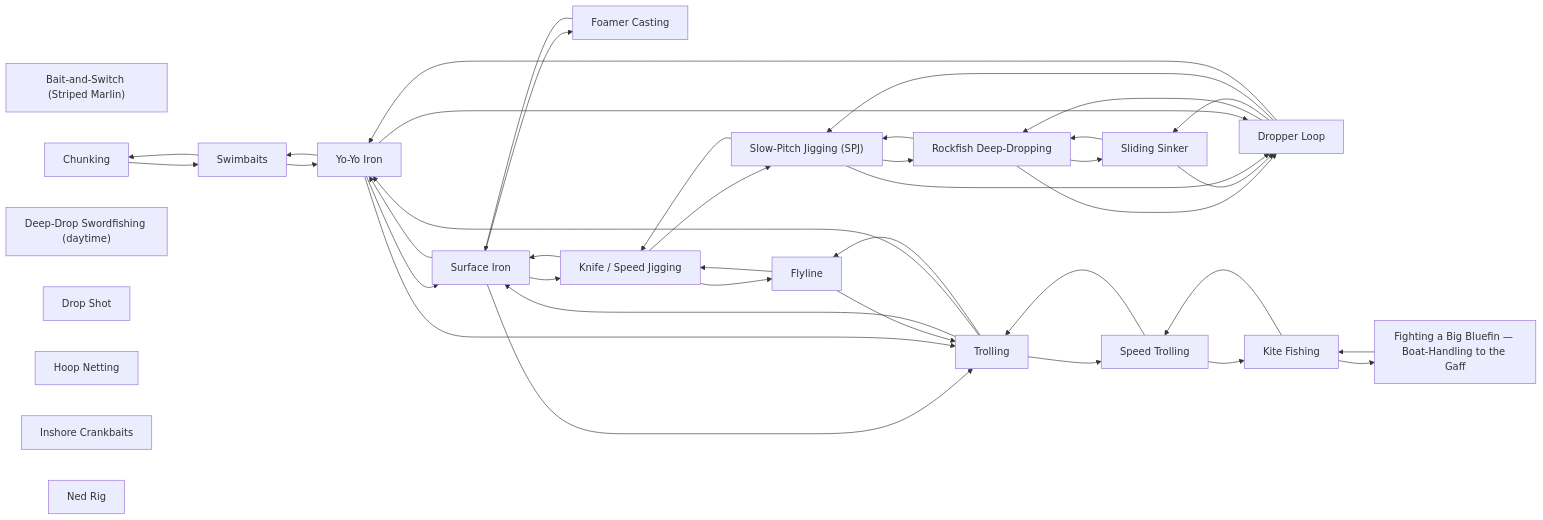
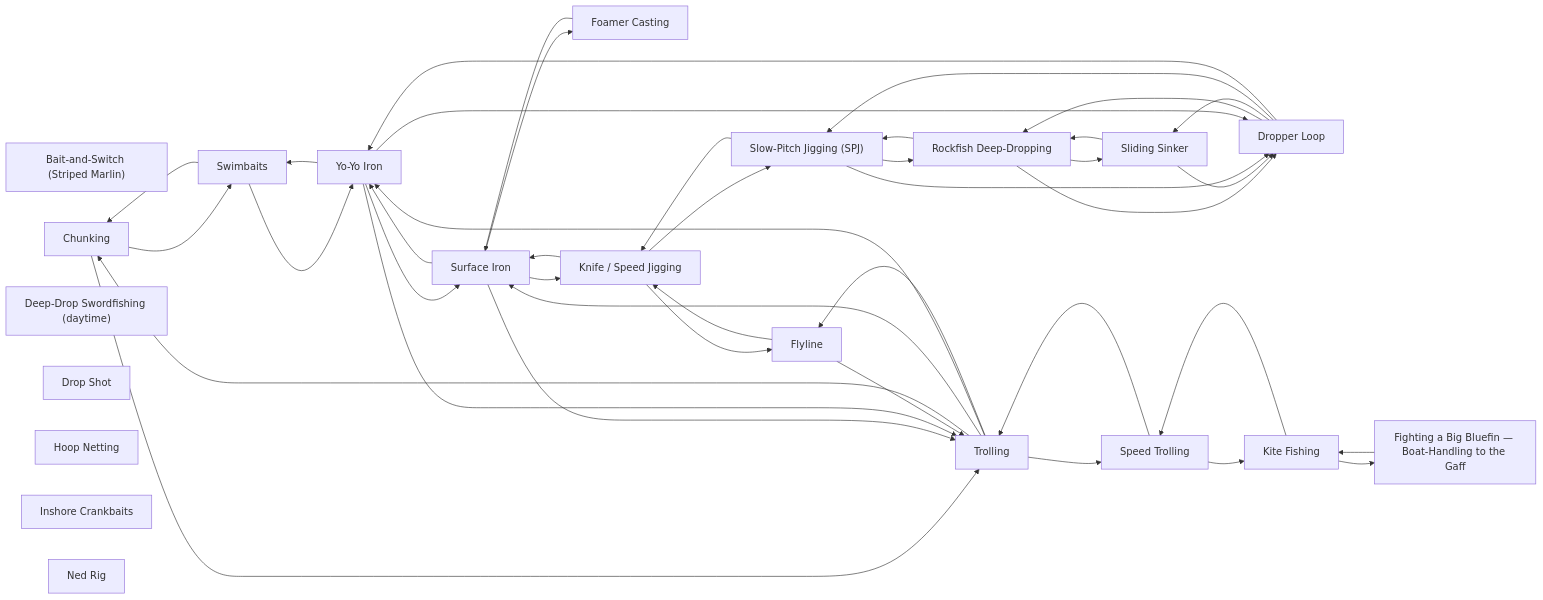
One commit to camchuckpete-max/Socal-Fishing-Knowledge changed the diagram in techniques/README.md. Above: the diagram before and after it, drawn with Mermaid. The commit also changed 6 other files, not shown here.

````diff
--- a/techniques/README.md
+++ b/techniques/README.md
@@ -34,62 +34,64 @@
 ```mermaid
 graph LR
   n0["Bait-and-Switch (Striped Marlin)"]
   n1["Chunking"]
   n2["Deep-Drop Swordfishing (daytime)"]
   n3["Drop Shot"]
   n4["Dropper Loop"]
   n5["Fighting a Big Bluefin — Boat-Handling to the Gaff"]
   n6["Flyline"]
   n7["Foamer Casting"]
   n8["Hoop Netting"]
   n9["Inshore Crankbaits"]
   n10["Kite Fishing"]
   n11["Knife / Speed Jigging"]
   n12["Ned Rig"]
   n13["Rockfish Deep-Dropping"]
   n14["Sliding Sinker"]
   n15["Slow-Pitch Jigging (SPJ)"]
   n16["Speed Trolling"]
   n17["Surface Iron"]
   n18["Swimbaits"]
   n19["Trolling"]
   n20["Yo-Yo Iron"]
   n1 --> n18
+  n1 --> n19
   n10 --> n16
   n10 --> n5
   n11 --> n15
   n11 --> n17
   n11 --> n6
   n13 --> n14
   n13 --> n15
   n13 --> n4
   n14 --> n13
   n14 --> n4
   n15 --> n11
   n15 --> n13
   n15 --> n4
   n16 --> n10
   n16 --> n19
   n17 --> n11
   n17 --> n19
   n17 --> n20
   n17 --> n7
   n18 --> n1
   n18 --> n20
+  n19 --> n1
   n19 --> n16
   n19 --> n17
   n19 --> n20
   n19 --> n6
   n20 --> n17
   n20 --> n18
   n20 --> n19
   n20 --> n4
   n4 --> n13
   n4 --> n14
   n4 --> n15
   n4 --> n20
   n5 --> n10
   n6 --> n11
   n6 --> n19
   n7 --> n17
 ```
````
